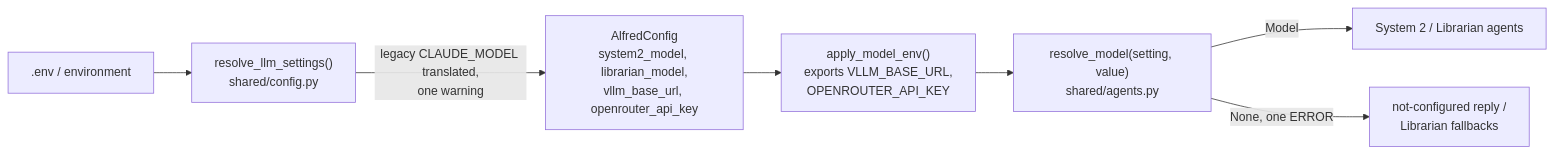
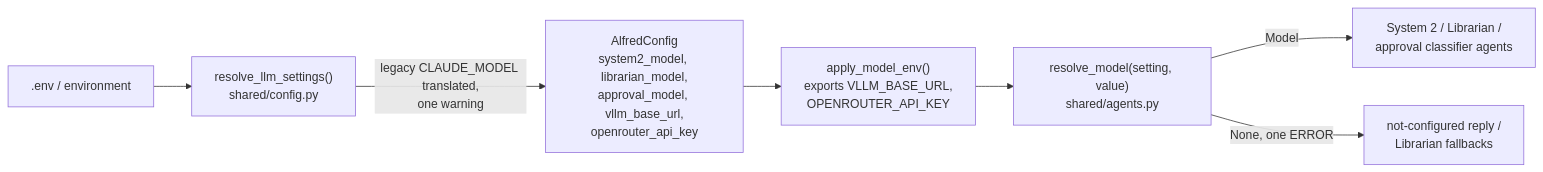
One commit to anirudhlath/alfred changed the first of 2 diagrams in docs/llm.md. Above: the diagram before and after it, drawn with Mermaid. The commit also changed other lines of this file and 114 other files, not shown here.

````diff
--- a/docs/llm.md
+++ b/docs/llm.md
@@ -25,9 +26,9 @@
 ```mermaid
 flowchart LR
     Env[".env / environment"] --> R["resolve_llm_settings()<br/>shared/config.py"]
-    R -->|legacy CLAUDE_MODEL translated,<br/>one warning| C["AlfredConfig<br/>system2_model, librarian_model,<br/>vllm_base_url, openrouter_api_key"]
+    R -->|legacy CLAUDE_MODEL translated,<br/>one warning| C["AlfredConfig<br/>system2_model, librarian_model,<br/>approval_model, vllm_base_url,<br/>openrouter_api_key"]
     C --> A["apply_model_env()<br/>exports VLLM_BASE_URL,<br/>OPENROUTER_API_KEY"]
     A --> M["resolve_model(setting, value)<br/>shared/agents.py"]
-    M -->|Model| Agents["System 2 / Librarian agents"]
+    M -->|Model| Agents["System 2 / Librarian /<br/>approval classifier agents"]
     M -->|None, one ERROR| Fallback["not-configured reply /<br/>Librarian fallbacks"]
 ```
````
